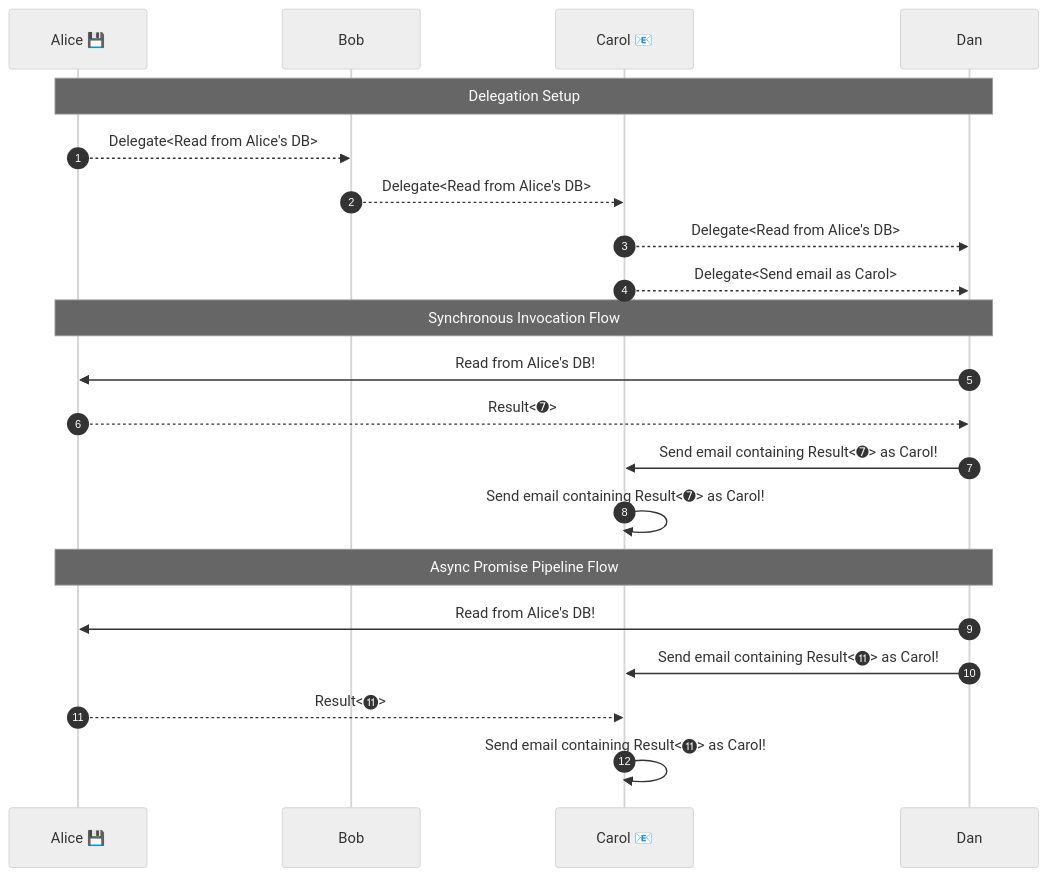
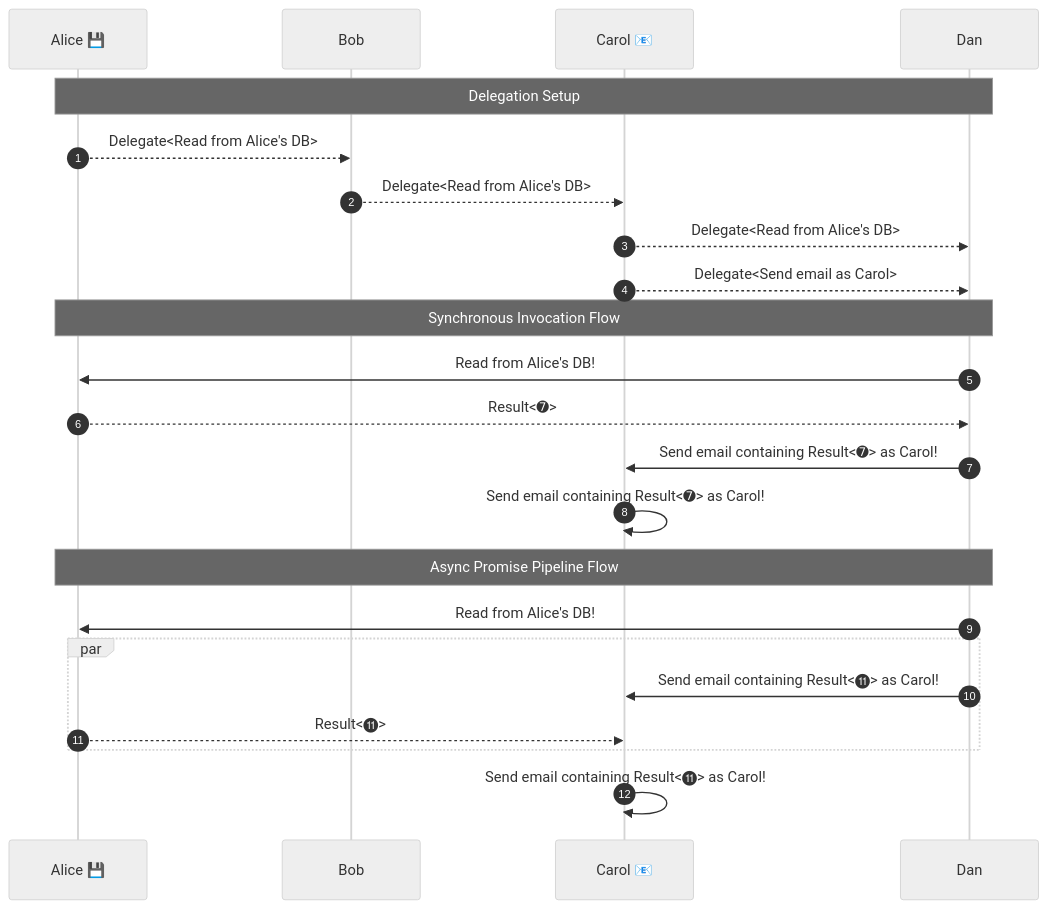
Before and after one commit to ucan-wg/promise: the diagram in README.md, drawn with Mermaid (neutral theme).

Commit message:
Emphasize asyc

````diff
--- a/README.md
+++ b/README.md
@@ -62,27 +62,31 @@
 ``` mermaid
 sequenceDiagram
     participant Alice 💾
     participant Bob
     participant Carol 📧
     participant Dan
 
     autonumber
 
     Note over Alice 💾, Dan: Delegation Setup
         Alice 💾 -->> Bob:      Delegate<Read from Alice's DB>
         Bob      -->> Carol 📧: Delegate<Read from Alice's DB>
         Carol 📧 -->> Dan:      Delegate<Read from Alice's DB>
         Carol 📧 -->> Dan:      Delegate<Send email as Carol>
 
     Note over Alice 💾, Dan: Synchronous Invocation Flow
         Dan      ->>  Alice 💾: Read from Alice's DB!
         Alice 💾 -->> Dan:      Result<➐>
         Dan      ->>  Carol 📧: Send email containing Result<➐> as Carol!
         Carol 📧 ->>  Carol 📧: Send email containing Result<➐> as Carol!
 
     Note over Alice 💾, Dan: Async Promise Pipeline Flow
         Dan      ->>  Alice 💾: Read from Alice's DB!
-        Dan      ->>  Carol 📧: Send email containing Result<⓫> as Carol!
-        Alice 💾 -->> Carol 📧: Result<⓫>
+
+        par
+            Dan      ->>  Carol 📧: Send email containing Result<⓫> as Carol!
+            Alice 💾 -->> Carol 📧: Result<⓫>
+        end
+
         Carol 📧 ->>  Carol 📧: Send email containing Result<⓫> as Carol!
 ```
````
